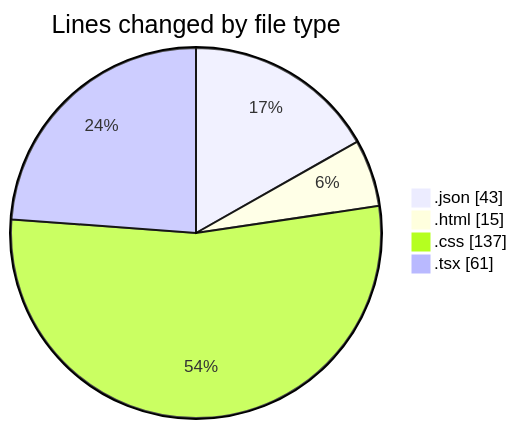
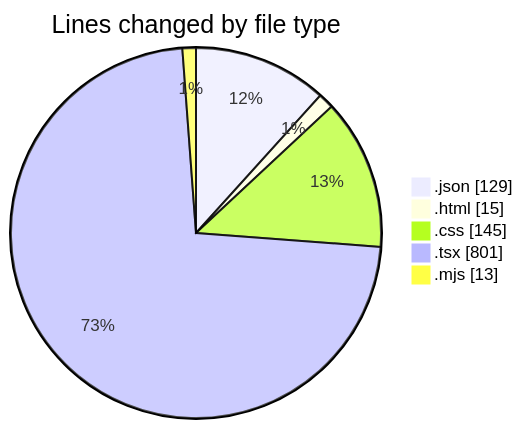
One commit to EIIisD/code-tracking changed the first of 2 diagrams in 2025-08-06/remakes/README.md. Above: the diagram before and after it, drawn with Mermaid. The commit also changed other lines of this file and 1 other file, not shown here.

````diff
--- a/2025-08-06/remakes/README.md
+++ b/2025-08-06/remakes/README.md
@@ -24,8 +35,9 @@
 ```mermaid
 pie showData
 title Lines changed by file type
-".json" : 43
+".json" : 129
 ".html" : 15
-".css" : 137
-".tsx" : 61
+".css" : 145
+".tsx" : 801
+".mjs" : 13
 ```
````
